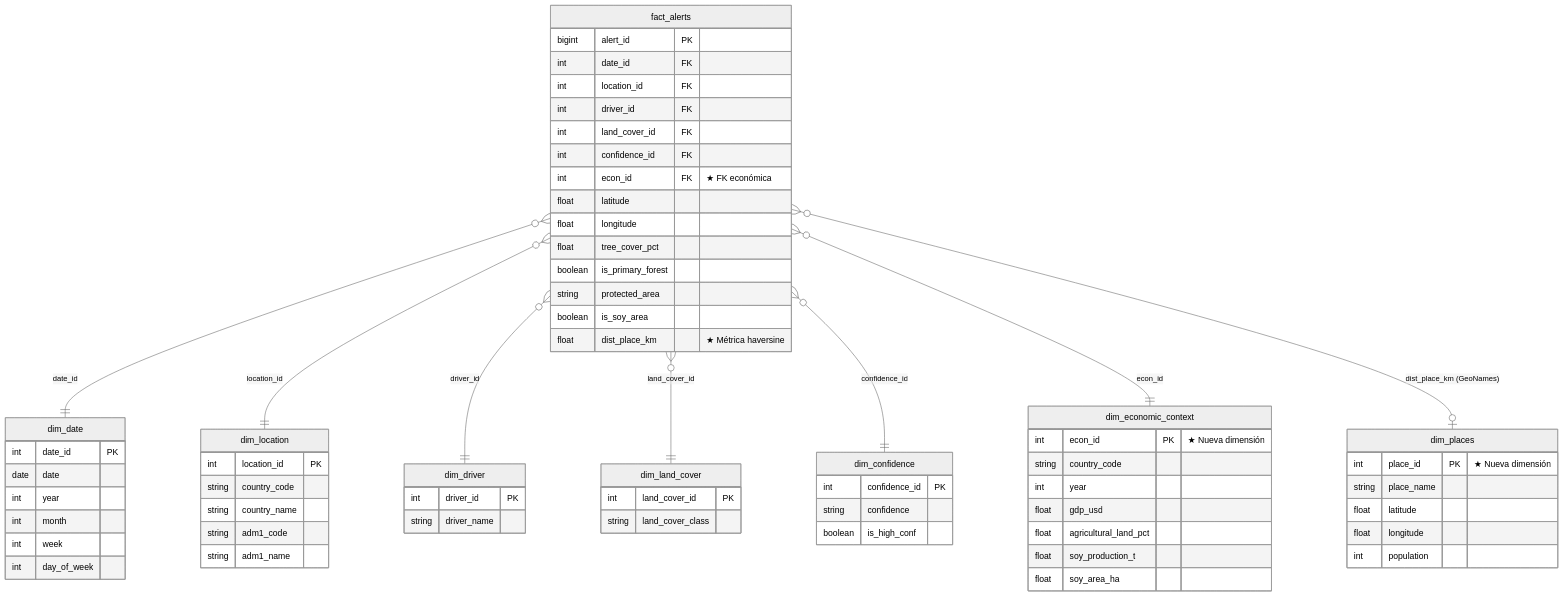
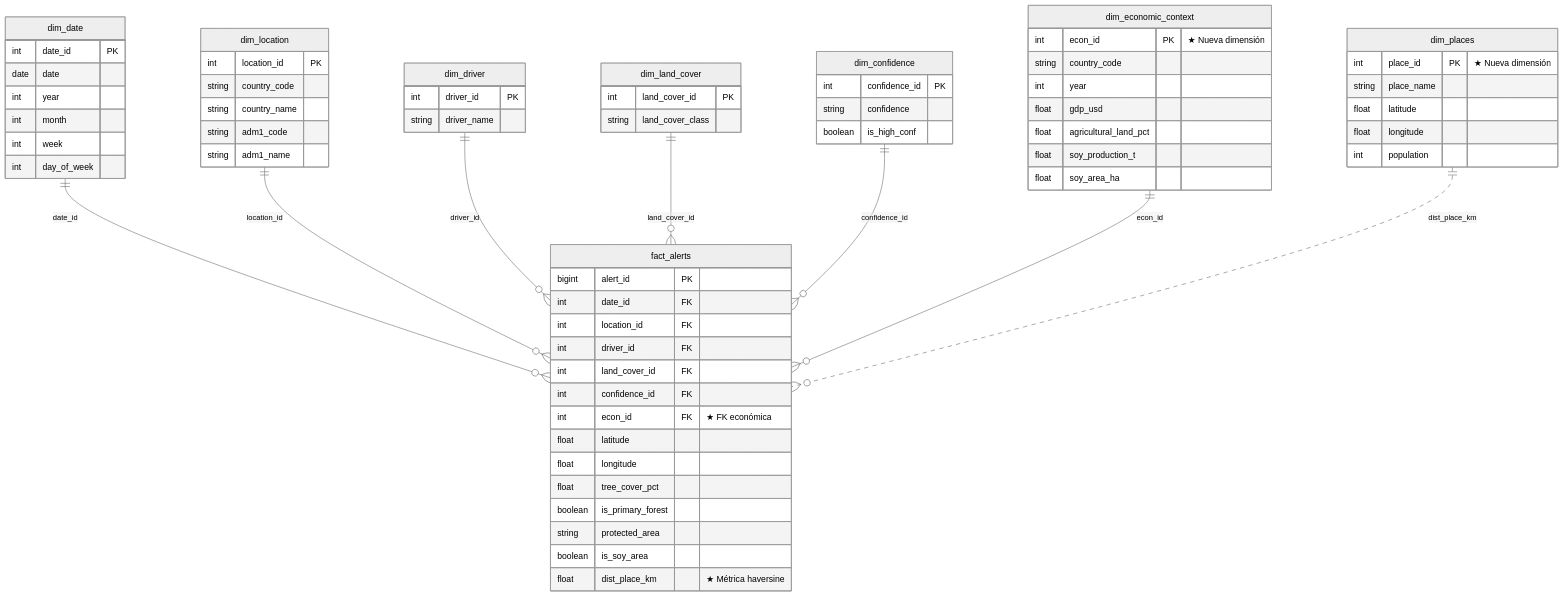
The third of 3 diagrams in README.md (JhoanHurtado/deforestation-alert-etl), drawn with Mermaid (neutral theme) before and after one commit. The commit also changed other lines of this file, not shown here.

Commit message:
docs: modernize and improve visual design of Pipeline Flow and Star Schema Mermaid diagrams

````diff
--- a/README.md
+++ b/README.md
@@ -585,78 +641,78 @@
 ```mermaid
 erDiagram
+    dim_date ||--o{ fact_alerts : "date_id"
+    dim_location ||--o{ fact_alerts : "location_id"
+    dim_driver ||--o{ fact_alerts : "driver_id"
+    dim_land_cover ||--o{ fact_alerts : "land_cover_id"
+    dim_confidence ||--o{ fact_alerts : "confidence_id"
+    dim_economic_context ||--o{ fact_alerts : "econ_id"
+    dim_places ||..o{ fact_alerts : "dist_place_km"
+
     dim_date {
         int date_id PK
         date date
         int year
         int month
         int week
         int day_of_week
     }
 
     dim_location {
         int location_id PK
         string country_code
         string country_name
         string adm1_code
         string adm1_name
     }
 
     dim_driver {
         int driver_id PK
         string driver_name
     }
 
     dim_land_cover {
         int land_cover_id PK
         string land_cover_class
     }
 
     dim_confidence {
         int confidence_id PK
         string confidence
         boolean is_high_conf
     }
 
     dim_economic_context {
         int econ_id PK "★ Nueva dimensión"
         string country_code
         int year
         float gdp_usd
         float agricultural_land_pct
         float soy_production_t
         float soy_area_ha
     }
 
     dim_places {
         int place_id PK "★ Nueva dimensión"
         string place_name
         float latitude
         float longitude
         int population
     }
 
     fact_alerts {
         bigint alert_id PK
         int date_id FK
         int location_id FK
         int driver_id FK
         int land_cover_id FK
         int confidence_id FK
         int econ_id FK "★ FK económica"
         float latitude
         float longitude
         float tree_cover_pct
         boolean is_primary_forest
         string protected_area
         boolean is_soy_area
         float dist_place_km "★ Métrica haversine"
     }
-
-    fact_alerts }o--|| dim_date : "date_id"
-    fact_alerts }o--|| dim_location : "location_id"
-    fact_alerts }o--|| dim_driver : "driver_id"
-    fact_alerts }o--|| dim_land_cover : "land_cover_id"
-    fact_alerts }o--|| dim_confidence : "confidence_id"
-    fact_alerts }o--|| dim_economic_context : "econ_id"
-    fact_alerts }o--o| dim_places : "dist_place_km (GeoNames)"
 ```
````
